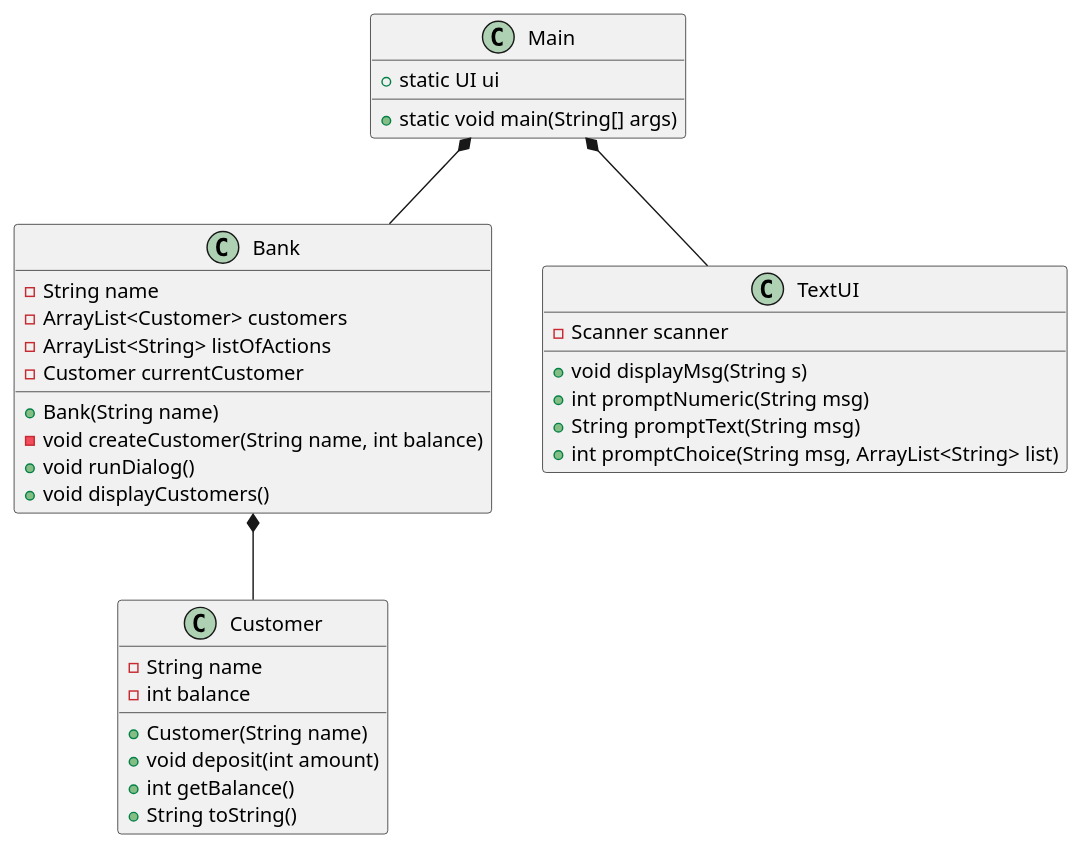
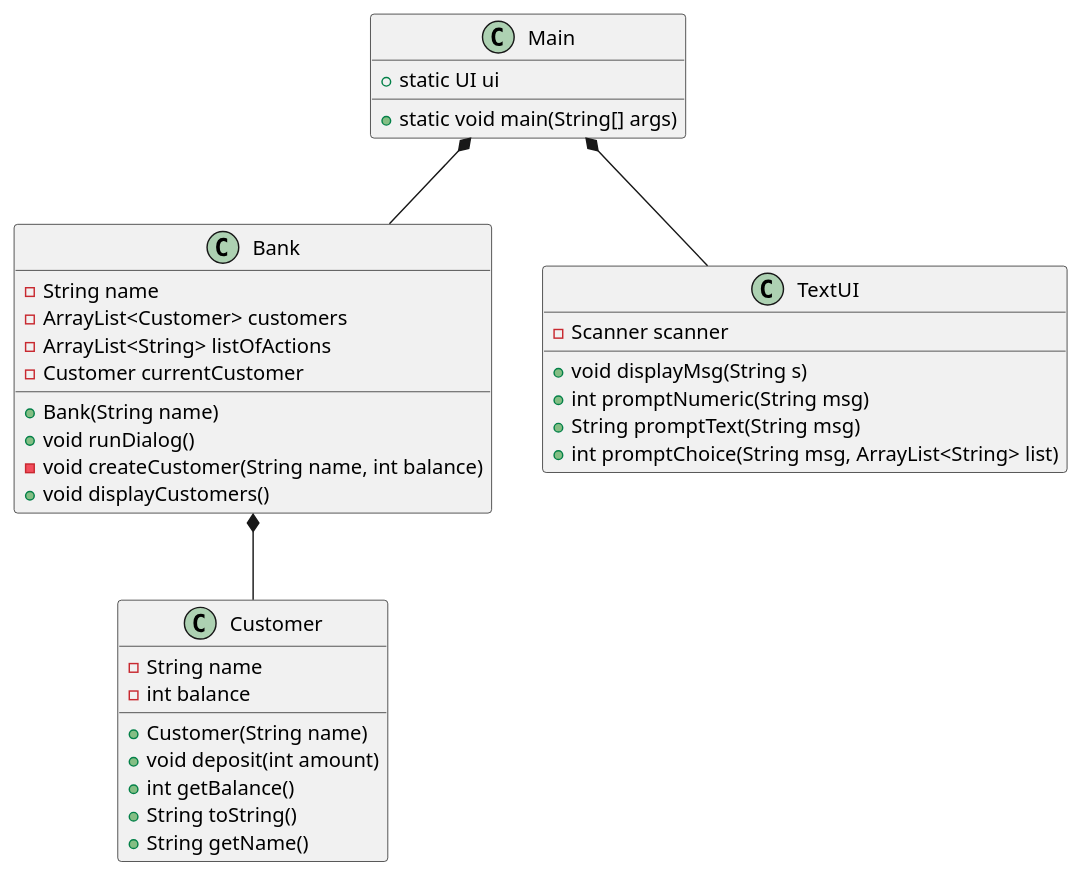
The diagram in doc/classdiagram.puml (EmilDagsberg/BankSystem), drawn with PlantUML before and after one commit. The commit also changed 1 other file, not shown here.

```diff
--- a/doc/classdiagram.puml
+++ b/doc/classdiagram.puml
@@ -1,40 +1,41 @@
 @startuml
 class Main{
 + static UI ui
 + static void main(String[] args)
 }
 
 
 class Bank{
  - String name
  - ArrayList<Customer> customers
  - ArrayList<String> listOfActions
  - Customer currentCustomer
  + Bank(String name)
+ + void runDialog()
  - void createCustomer(String name, int balance)
- + void runDialog()
  + void displayCustomers()
 }
 
 class Customer{
 - String name
 - int balance
 + Customer(String name)
 + void deposit(int amount)
 + int getBalance()
 + String toString()
++ String getName()
 }
 
 class TextUI{
 - Scanner scanner
 + void displayMsg(String s)
 + int promptNumeric(String msg)
 + String promptText(String msg)
 + int promptChoice(String msg, ArrayList<String> list)
 }
 
 Main *-- TextUI
 Main *-- Bank
 Bank *-- Customer
 
 @enduml
```
